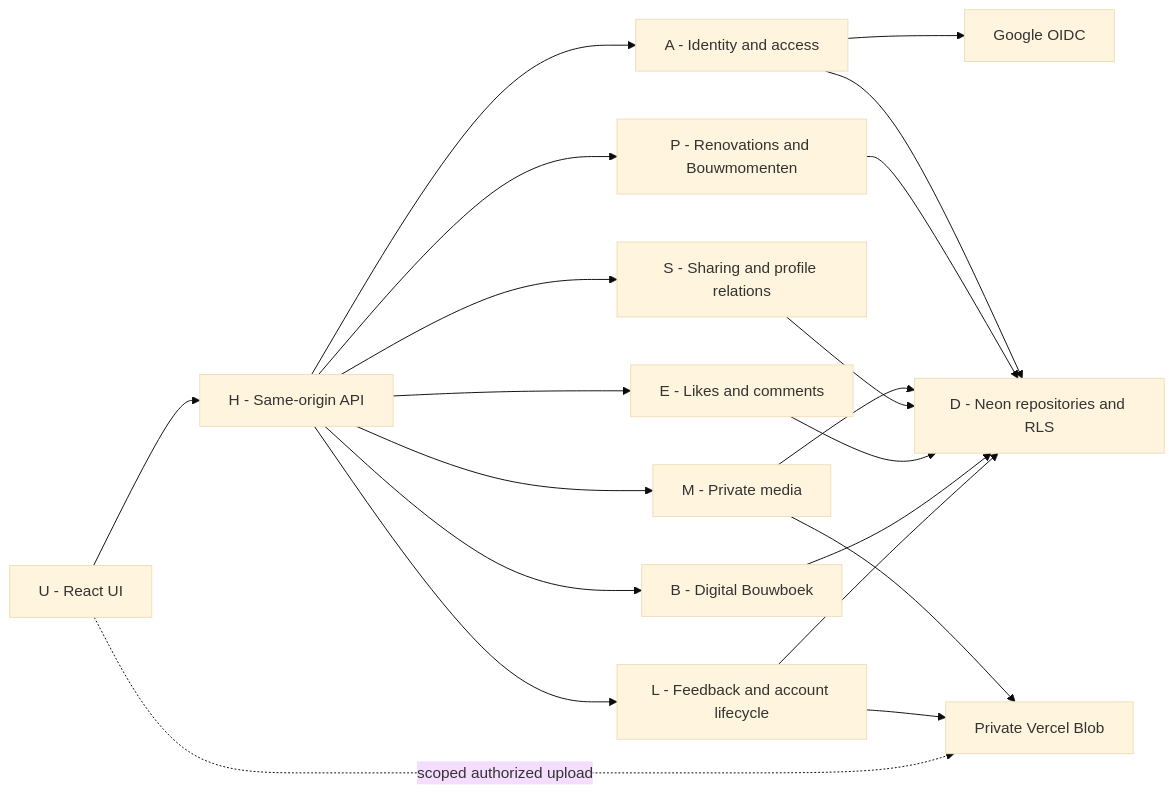
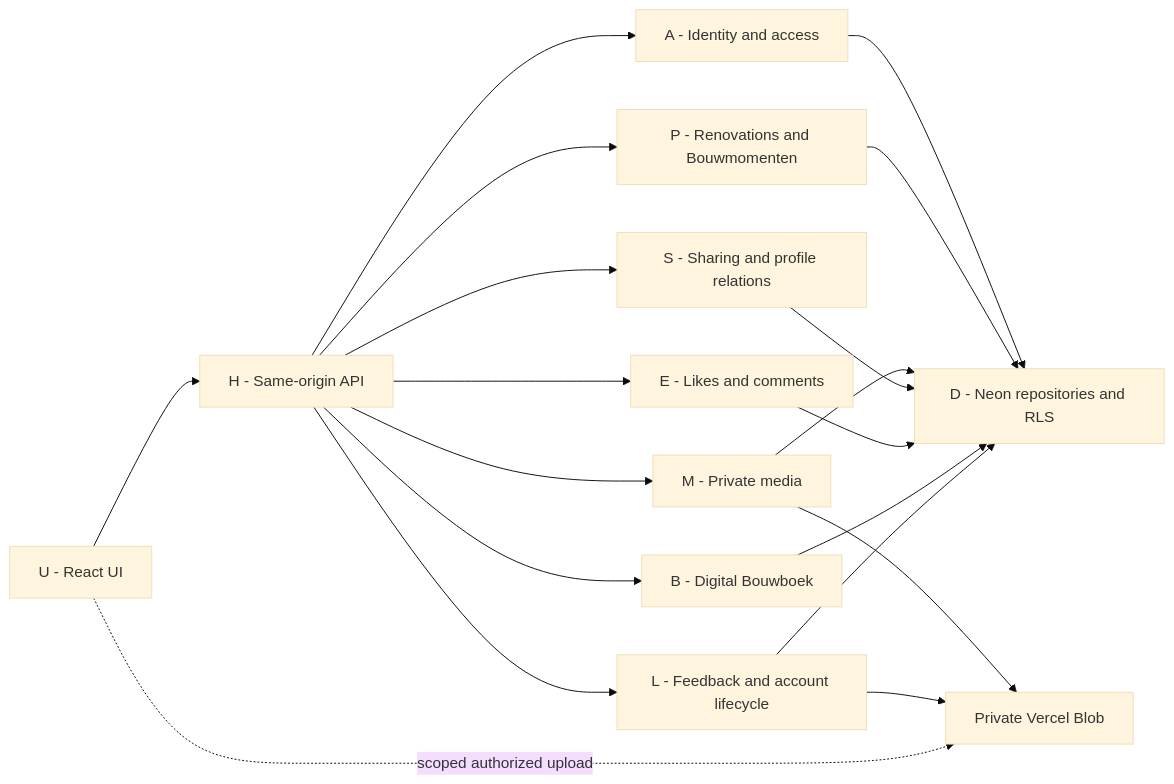
The diagram in docs/architecture/GRAPH.md (meestierolff/buildy), drawn with Mermaid (base theme) before and after one commit. The commit also changed other lines of this file and 96 other files, not shown here.

````diff
--- a/docs/architecture/GRAPH.md
+++ b/docs/architecture/GRAPH.md
@@ -26,22 +27,21 @@
 ```mermaid
 flowchart LR
   U["U - React UI"] --> H["H - Same-origin API"]
   H --> A["A - Identity and access"]
-  A --> G["Google OIDC"]
   A --> D["D - Neon repositories and RLS"]
   H --> P["P - Renovations and Bouwmomenten"]
   H --> M["M - Private media"]
   H --> S["S - Sharing and profile relations"]
   H --> E["E - Likes and comments"]
   H --> B["B - Digital Bouwboek"]
   H --> L["L - Feedback and account lifecycle"]
   P --> D
   M --> D
   S --> D
   E --> D
   B --> D
   L --> D
   M --> V["Private Vercel Blob"]
   L --> V
   U -. "scoped authorized upload" .-> V
 ```
````
